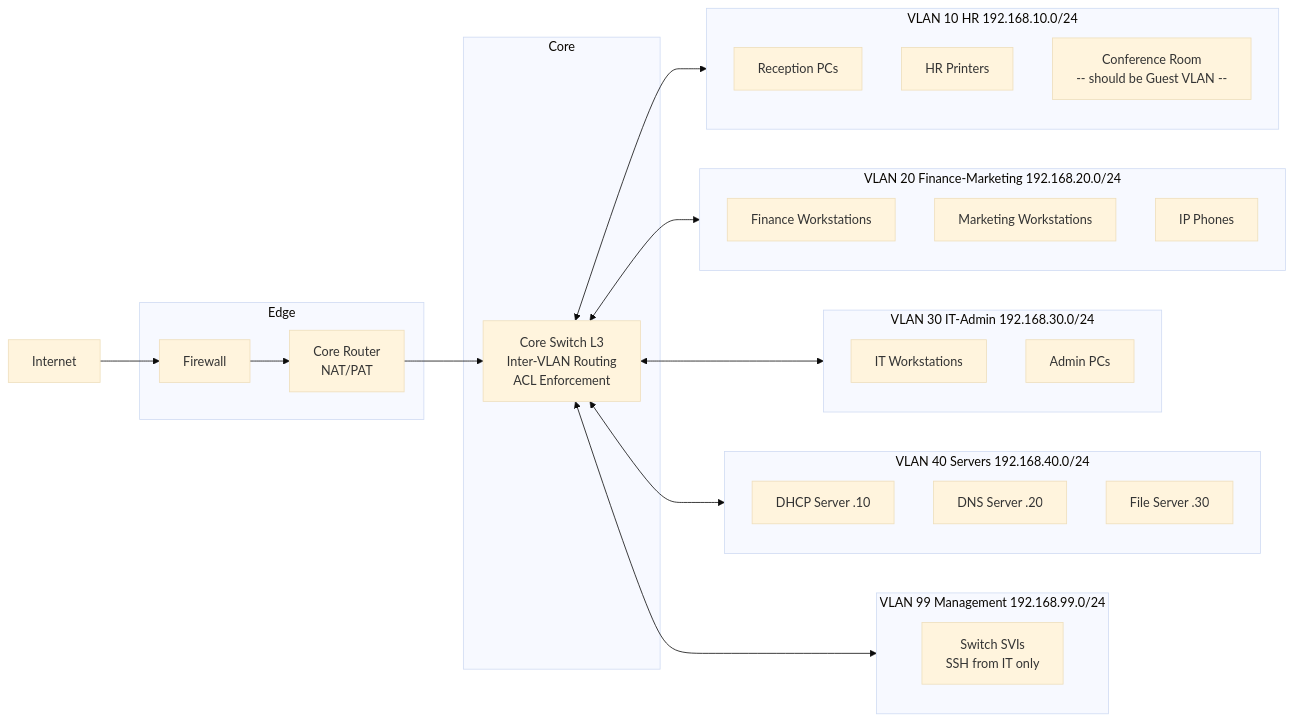
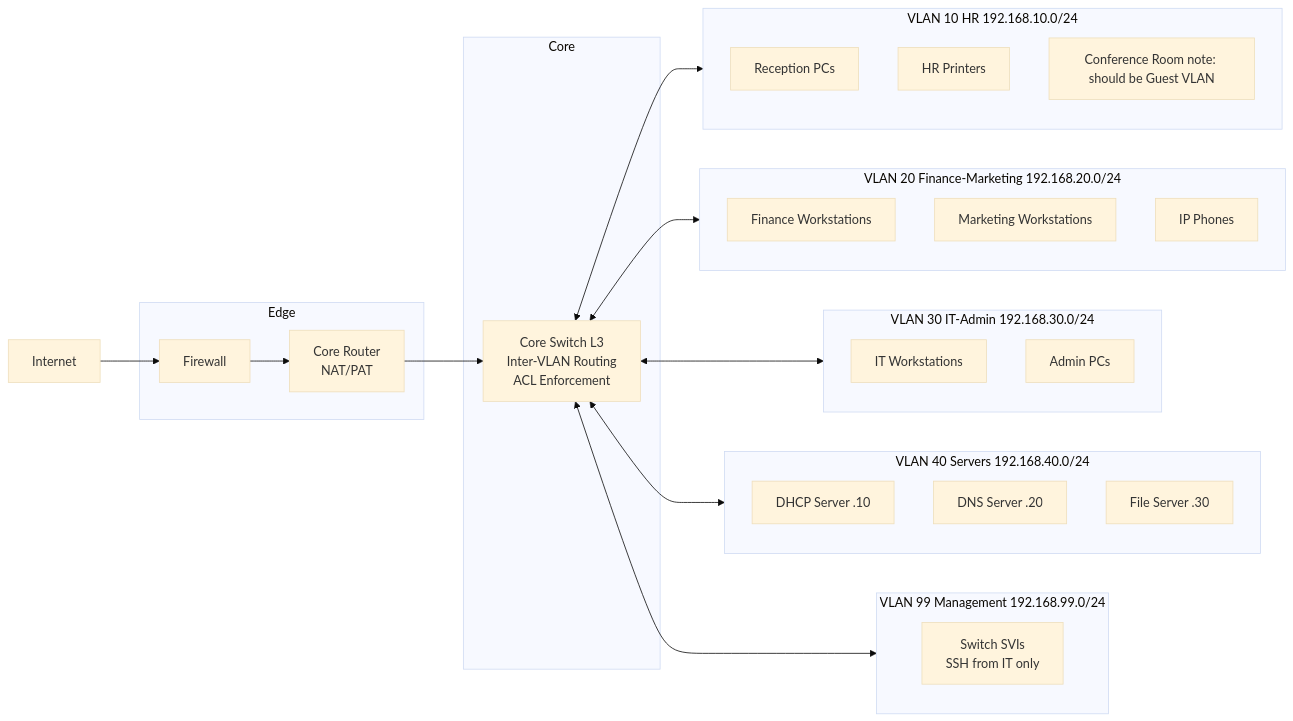
One commit to vkmahalakshmi03/enterprise-network-security-architecture changed the second of 4 diagrams in diagrams/topology.md. Above: the diagram before and after it, drawn with Mermaid (base theme).

Commit message:
fix topology mermaid - remove dashes from node labels

````diff
--- a/diagrams/topology.md
+++ b/diagrams/topology.md
@@ -60,47 +60,47 @@
 ```mermaid
 graph LR
     INET["Internet"]
 
     subgraph Edge
         FW["Firewall"]
         RT["Core Router\nNAT/PAT"]
     end
 
     subgraph Core
         SWCORE["Core Switch L3\nInter-VLAN Routing\nACL Enforcement"]
     end
 
     subgraph V10["VLAN 10 HR 192.168.10.0/24"]
         HR1["Reception PCs"]
         HR2["HR Printers"]
-        CONF["Conference Room\n-- should be Guest VLAN --"]
+        CONF["Conference Room note: should be Guest VLAN"]
     end
 
     subgraph V20["VLAN 20 Finance-Marketing 192.168.20.0/24"]
         FIN["Finance Workstations"]
         MKT["Marketing Workstations"]
         PHONES["IP Phones"]
     end
 
     subgraph V30["VLAN 30 IT-Admin 192.168.30.0/24"]
         IT["IT Workstations"]
         ADM["Admin PCs"]
     end
 
     subgraph V40["VLAN 40 Servers 192.168.40.0/24"]
         DHCP["DHCP Server .10"]
         DNS["DNS Server .20"]
         FILES["File Server .30"]
     end
 
     subgraph V99["VLAN 99 Management 192.168.99.0/24"]
         MGMT["Switch SVIs\nSSH from IT only"]
     end
 
     INET --> FW --> RT --> SWCORE
     SWCORE <--> V10
     SWCORE <--> V20
     SWCORE <--> V30
     SWCORE <--> V40
     SWCORE <--> V99
 ```
````
